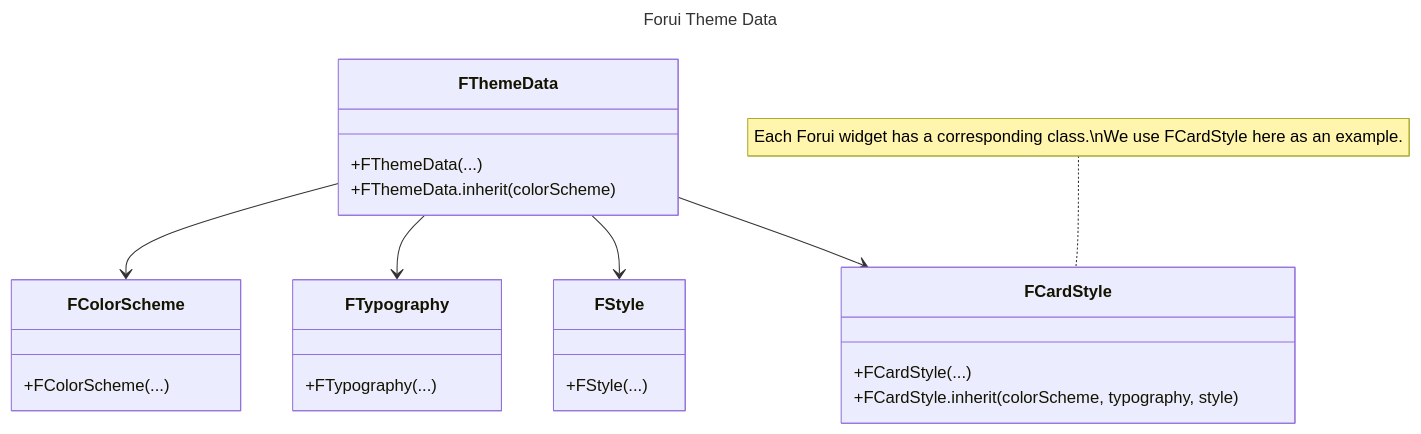
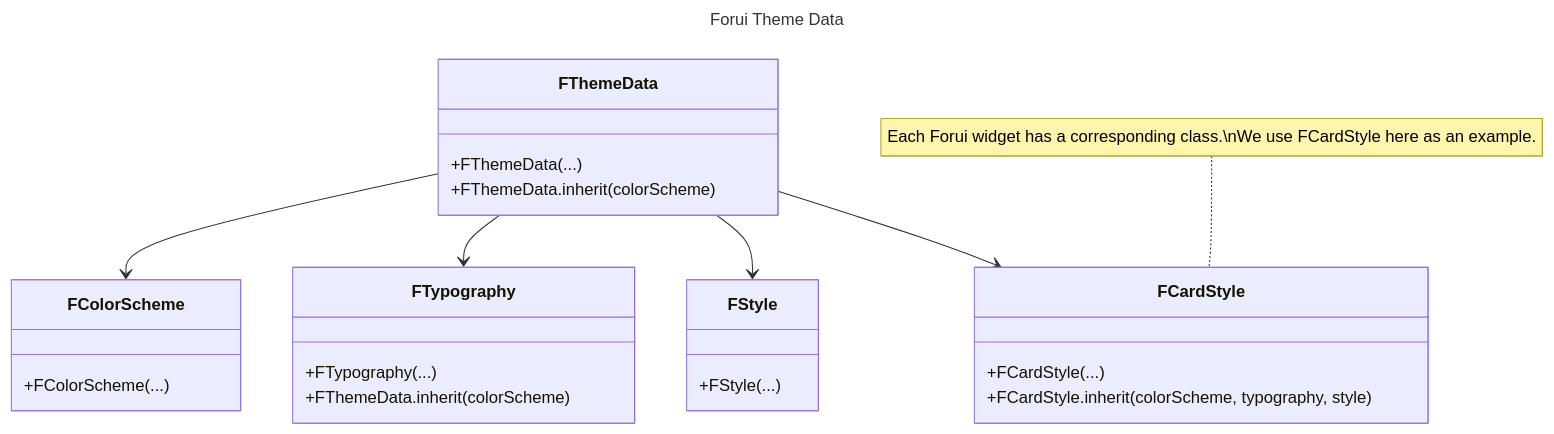
One commit to forus-labs/forui changed the diagram in docs/pages/docs/themes.mdx. Above: the diagram before and after it, drawn with Mermaid. The commit also changed other lines of this file and 7 other files, not shown here.

````diff
--- a/docs/pages/docs/themes.mdx
+++ b/docs/pages/docs/themes.mdx
@@ -89,33 +117,34 @@
 ```mermaid
 ---
 title: Forui Theme Data
 ---
 classDiagram
 class FThemeData {
     +FThemeData(...)
     +FThemeData.inherit(colorScheme)
 }
 
 class FColorScheme {
     +FColorScheme(...)
 }
 
 class FTypography {
     +FTypography(...)
+    +FThemeData.inherit(colorScheme)
 }
 
 class FStyle {
     +FStyle(...)
 }
 
 class FCardStyle {
     +FCardStyle(...)
     +FCardStyle.inherit(colorScheme, typography, style)
 }
 note for FCardStyle "Each Forui widget has a corresponding class.\nWe use FCardStyle here as an example."
 
 FThemeData --> FColorScheme
 FThemeData --> FTypography
 FThemeData --> FStyle
 FThemeData --> FCardStyle
 ```
````
